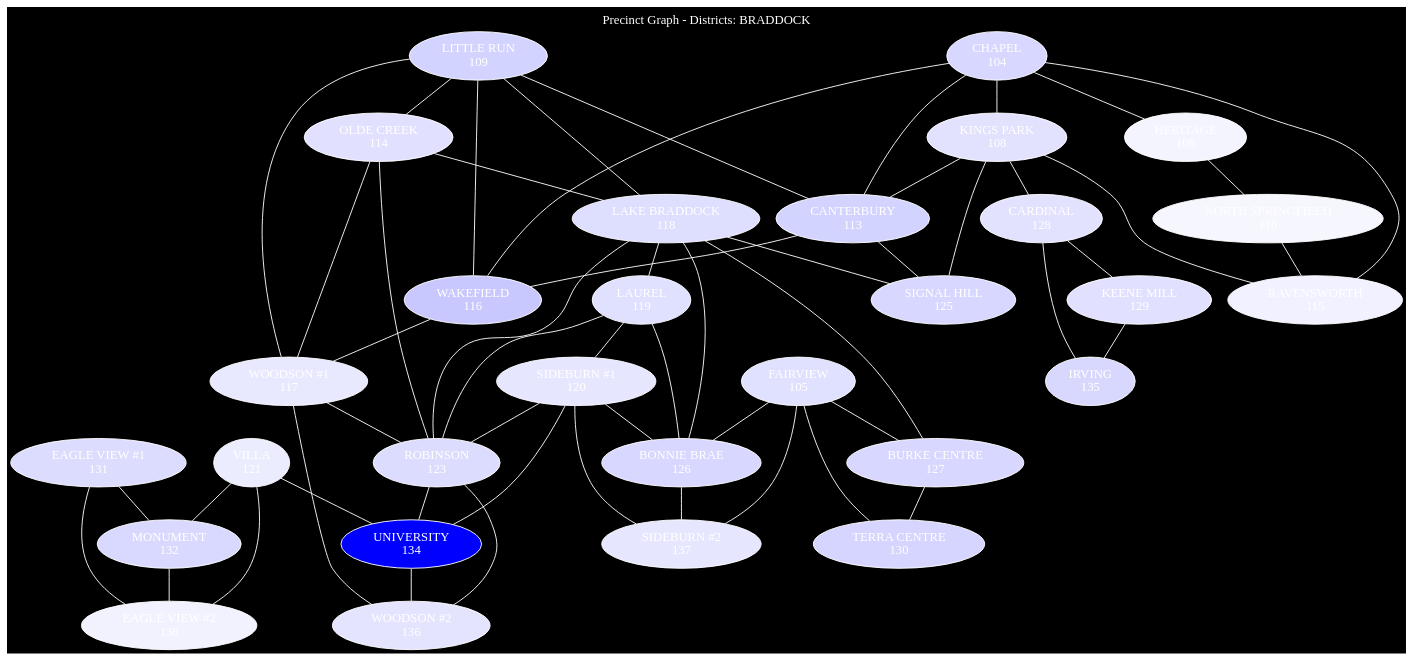
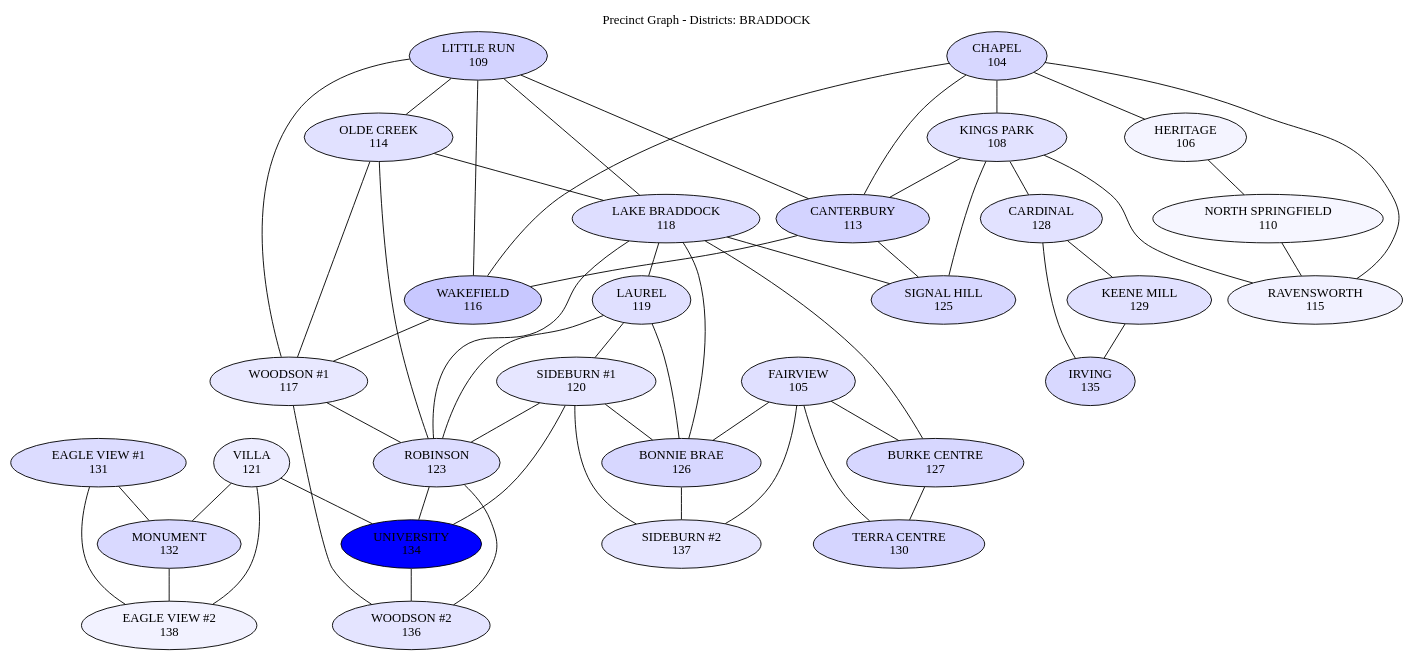
Before and after one commit to osistlk/Documents: the diagram in data/precinct_graph.dot, drawn with Graphviz. The commit also changed 2 other files, not shown here.

Commit message:
Update precinct graph styling for improved visibility and aesthetics

```diff
--- a/data/precinct_graph.dot
+++ b/data/precinct_graph.dot
@@ -1,91 +1,91 @@
 graph precinct_graph {
-    label = "Precinct Graph - Districts: BRADDOCK";
-    labelloc = "t";
-    fontcolor = "white";
-    bgcolor = "black";
-    node [shape = ellipse; fontcolor = "white"; color = "white"; style = "filled"; fillcolor = "gray20";];
-    edge [color = "white";];
-    138 [label = "EAGLE VIEW #2\n138";fillcolor = "#f2f2ff";];
-    137 [label = "SIDEBURN #2\n137";fillcolor = "#e6e6ff";];
-    136 [label = "WOODSON #2\n136";fillcolor = "#e4e4ff";];
-    135 [label = "IRVING\n135";fillcolor = "#d8d8ff";];
-    134 [label = "UNIVERSITY\n134";fillcolor = "#0000ff";];
-    134 -- 136;
-    132 [label = "MONUMENT\n132";fillcolor = "#d9d9ff";];
-    132 -- 138;
-    131 [label = "EAGLE VIEW #1\n131";fillcolor = "#dcdcff";];
-    131 -- 132;
-    131 -- 138;
-    130 [label = "TERRA CENTRE\n130";fillcolor = "#d5d5ff";];
-    129 [label = "KEENE MILL\n129";fillcolor = "#e1e1ff";];
-    129 -- 135;
-    128 [label = "CARDINAL\n128";fillcolor = "#e2e2ff";];
-    128 -- 129;
-    128 -- 135;
-    127 [label = "BURKE CENTRE\n127";fillcolor = "#d7d7ff";];
-    127 -- 130;
-    126 [label = "BONNIE BRAE\n126";fillcolor = "#d7d7ff";];
-    126 -- 137;
-    125 [label = "SIGNAL HILL\n125";fillcolor = "#d7d7ff";];
-    123 [label = "ROBINSON\n123";fillcolor = "#dcdcff";];
-    123 -- 134;
-    123 -- 136;
-    121 [label = "VILLA\n121";fillcolor = "#ececff";];
-    121 -- 132;
-    121 -- 134;
-    121 -- 138;
-    120 [label = "SIDEBURN #1\n120";fillcolor = "#e6e6ff";];
-    120 -- 123;
-    120 -- 126;
-    120 -- 134;
-    120 -- 137;
-    119 [label = "LAUREL\n119";fillcolor = "#e0e0ff";];
-    119 -- 120;
-    119 -- 123;
-    119 -- 126;
-    118 [label = "LAKE BRADDOCK\n118";fillcolor = "#dedeff";];
-    118 -- 119;
-    118 -- 123;
-    118 -- 125;
-    118 -- 126;
-    118 -- 127;
-    117 [label = "WOODSON #1\n117";fillcolor = "#e8e8ff";];
-    117 -- 123;
-    117 -- 136;
-    116 [label = "WAKEFIELD\n116";fillcolor = "#c8c8ff";];
-    116 -- 117;
-    115 [label = "RAVENSWORTH\n115";fillcolor = "#f1f1ff";];
-    114 [label = "OLDE CREEK\n114";fillcolor = "#e1e1ff";];
-    114 -- 117;
-    114 -- 118;
-    114 -- 123;
-    113 [label = "CANTERBURY\n113";fillcolor = "#d3d3ff";];
-    113 -- 116;
-    113 -- 125;
-    110 [label = "NORTH SPRINGFIELD\n110";fillcolor = "#f6f6ff";];
-    110 -- 115;
-    109 [label = "LITTLE RUN\n109";fillcolor = "#d3d3ff";];
-    109 -- 113;
-    109 -- 114;
-    109 -- 116;
-    109 -- 117;
-    109 -- 118;
-    108 [label = "KINGS PARK\n108";fillcolor = "#e2e2ff";];
-    108 -- 113;
-    108 -- 115;
-    108 -- 125;
-    108 -- 128;
-    106 [label = "HERITAGE\n106";fillcolor = "#f4f4ff";];
-    106 -- 110;
-    105 [label = "FAIRVIEW\n105";fillcolor = "#e0e0ff";];
-    105 -- 126;
-    105 -- 127;
-    105 -- 130;
-    105 -- 137;
-    104 [label = "CHAPEL\n104";fillcolor = "#d7d7ff";];
-    104 -- 106;
-    104 -- 108;
-    104 -- 113;
-    104 -- 115;
-    104 -- 116;
+label="Precinct Graph - Districts: BRADDOCK";
+labelloc="t";
+fontcolor="black";
+bgcolor="white";
+node [shape=ellipse, fontcolor="black", color="black", style="filled", fillcolor="lightgray"];
+edge [color="black"];
+138 [label="EAGLE VIEW #2\n138", fillcolor="#f2f2ff"];
+137 [label="SIDEBURN #2\n137", fillcolor="#e6e6ff"];
+136 [label="WOODSON #2\n136", fillcolor="#e4e4ff"];
+135 [label="IRVING\n135", fillcolor="#d8d8ff"];
+134 [label="UNIVERSITY\n134", fillcolor="#0000ff"];
+134 -- 136;
+132 [label="MONUMENT\n132", fillcolor="#d9d9ff"];
+132 -- 138;
+131 [label="EAGLE VIEW #1\n131", fillcolor="#dcdcff"];
+131 -- 132;
+131 -- 138;
+130 [label="TERRA CENTRE\n130", fillcolor="#d5d5ff"];
+129 [label="KEENE MILL\n129", fillcolor="#e1e1ff"];
+129 -- 135;
+128 [label="CARDINAL\n128", fillcolor="#e2e2ff"];
+128 -- 129;
+128 -- 135;
+127 [label="BURKE CENTRE\n127", fillcolor="#d7d7ff"];
+127 -- 130;
+126 [label="BONNIE BRAE\n126", fillcolor="#d7d7ff"];
+126 -- 137;
+125 [label="SIGNAL HILL\n125", fillcolor="#d7d7ff"];
+123 [label="ROBINSON\n123", fillcolor="#dcdcff"];
+123 -- 134;
+123 -- 136;
+121 [label="VILLA\n121", fillcolor="#ececff"];
+121 -- 132;
+121 -- 134;
+121 -- 138;
+120 [label="SIDEBURN #1\n120", fillcolor="#e6e6ff"];
+120 -- 123;
+120 -- 126;
+120 -- 134;
+120 -- 137;
+119 [label="LAUREL\n119", fillcolor="#e0e0ff"];
+119 -- 120;
+119 -- 123;
+119 -- 126;
+118 [label="LAKE BRADDOCK\n118", fillcolor="#dedeff"];
+118 -- 119;
+118 -- 123;
+118 -- 125;
+118 -- 126;
+118 -- 127;
+117 [label="WOODSON #1\n117", fillcolor="#e8e8ff"];
+117 -- 123;
+117 -- 136;
+116 [label="WAKEFIELD\n116", fillcolor="#c8c8ff"];
+116 -- 117;
+115 [label="RAVENSWORTH\n115", fillcolor="#f1f1ff"];
+114 [label="OLDE CREEK\n114", fillcolor="#e1e1ff"];
+114 -- 117;
+114 -- 118;
+114 -- 123;
+113 [label="CANTERBURY\n113", fillcolor="#d3d3ff"];
+113 -- 116;
+113 -- 125;
+110 [label="NORTH SPRINGFIELD\n110", fillcolor="#f6f6ff"];
+110 -- 115;
+109 [label="LITTLE RUN\n109", fillcolor="#d3d3ff"];
+109 -- 113;
+109 -- 114;
+109 -- 116;
+109 -- 117;
+109 -- 118;
+108 [label="KINGS PARK\n108", fillcolor="#e2e2ff"];
+108 -- 113;
+108 -- 115;
+108 -- 125;
+108 -- 128;
+106 [label="HERITAGE\n106", fillcolor="#f4f4ff"];
+106 -- 110;
+105 [label="FAIRVIEW\n105", fillcolor="#e0e0ff"];
+105 -- 126;
+105 -- 127;
+105 -- 130;
+105 -- 137;
+104 [label="CHAPEL\n104", fillcolor="#d7d7ff"];
+104 -- 106;
+104 -- 108;
+104 -- 113;
+104 -- 115;
+104 -- 116;
 }
```
